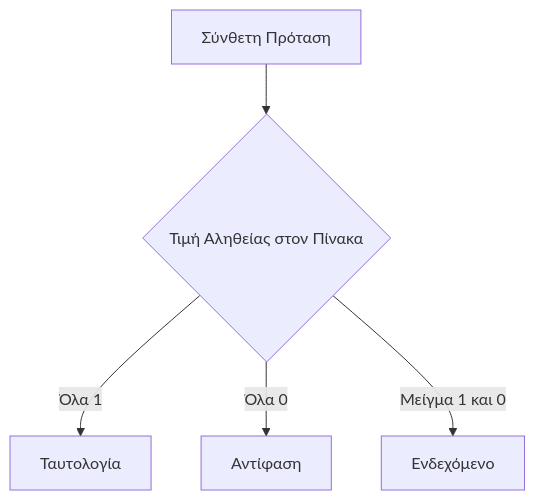
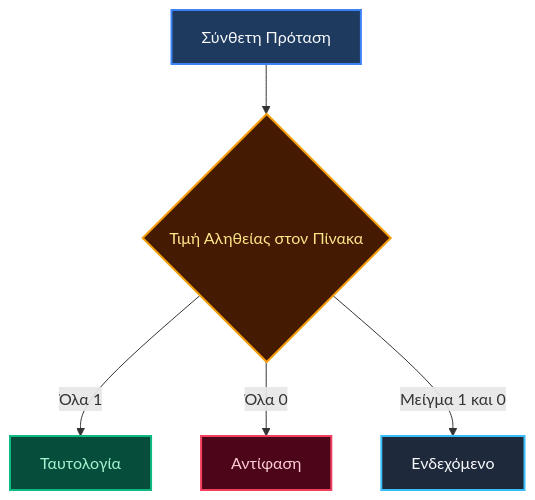
Before and after one commit to PanagopoulosNikolaos/DitOpenNotes: the third of 5 diagrams in Year_1/Semester_2/DISCRETE_MATHEMATICS/Resources/Notes/05_propositional_logic.md, drawn with Mermaid. The commit also changed other lines of this file and 6 other files, not shown here.

````diff
--- a/Year_1/Semester_2/DISCRETE_MATHEMATICS/Resources/Notes/05_propositional_logic.md
+++ b/Year_1/Semester_2/DISCRETE_MATHEMATICS/Resources/Notes/05_propositional_logic.md
@@ -164,7 +187,13 @@
 ```mermaid
 graph TD
-    A[Σύνθετη Πρόταση] --> B{Τιμή Αληθείας στον Πίνακα}
-    B -->|Όλα 1| C[Ταυτολογία]
-    B -->|Όλα 0| D[Αντίφαση]
-    B -->|Μείγμα 1 και 0| E[Ενδεχόμενο]
+    A["Σύνθετη Πρόταση"] --> B{"Τιμή Αληθείας στον Πίνακα"}
+    B -->|"Όλα 1"| C["Ταυτολογία"]
+    B -->|"Όλα 0"| D["Αντίφαση"]
+    B -->|"Μείγμα 1 και 0"| E["Ενδεχόμενο"]
+
+    style A fill:#1e3a5f,stroke:#3b82f6,stroke-width:2px,color:#f8fafc
+    style B fill:#451a03,stroke:#f59e0b,stroke-width:2px,color:#fde68a
+    style C fill:#064e3b,stroke:#10b981,stroke-width:2px,color:#a7f3d0
+    style D fill:#4c0519,stroke:#f43f5e,stroke-width:2px,color:#fecdd3
+    style E fill:#1e293b,stroke:#38bdf8,stroke-width:2px,color:#f8fafc
 ```
````
